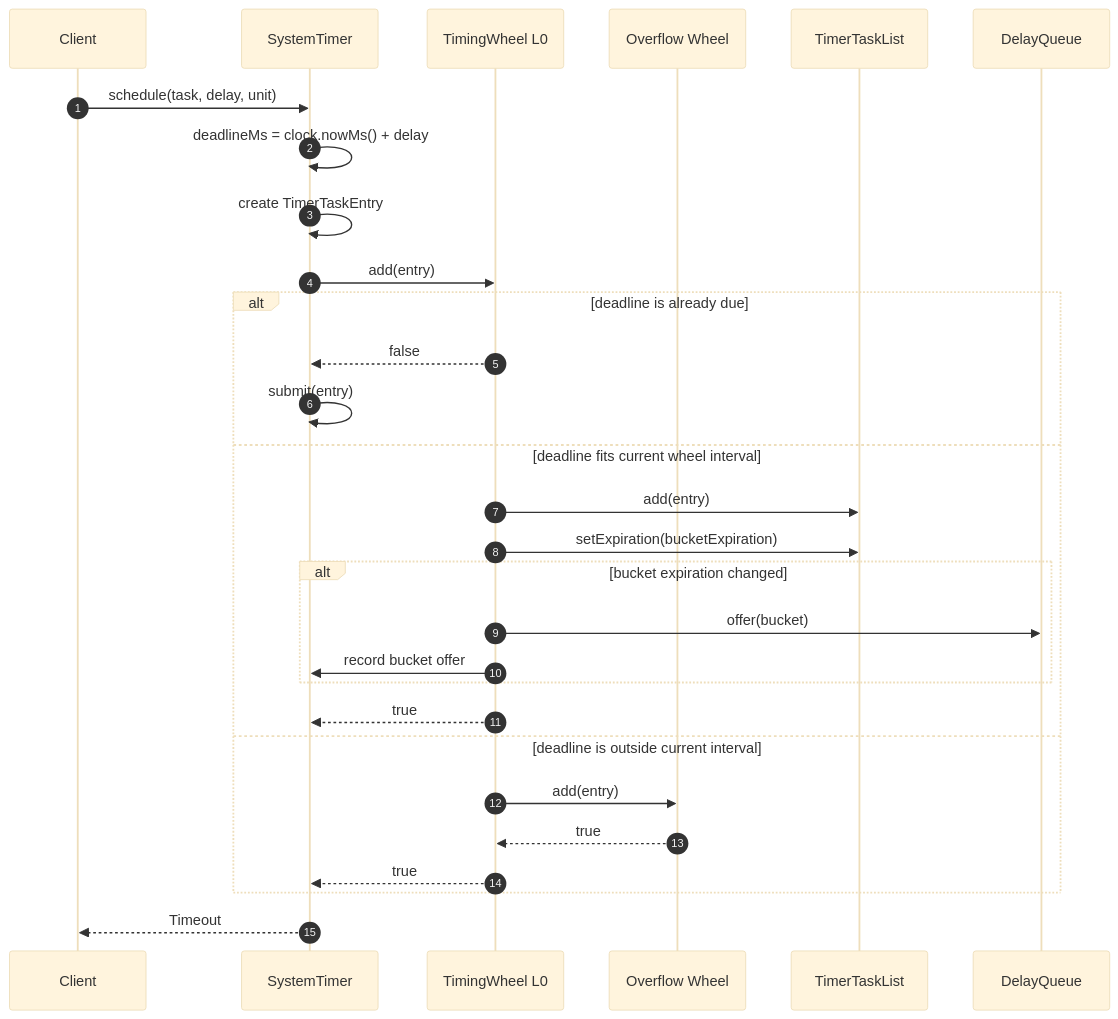
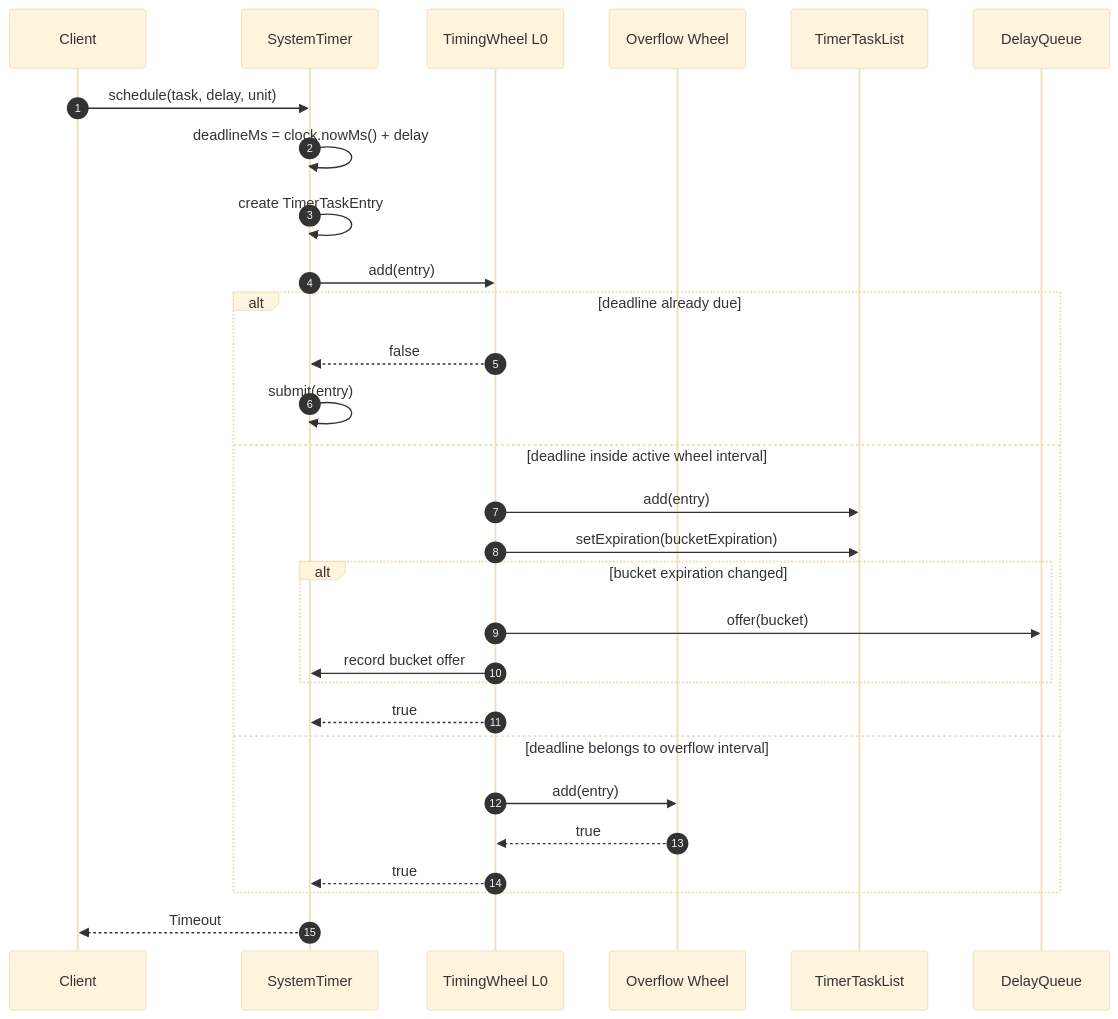
One commit to photowey/timewheel4j changed the fifth of 10 diagrams in docs/architecture.md. Above: the diagram before and after it, drawn with Mermaid (base theme). The commit also changed other lines of this file and 3 other files, not shown here.

````diff
--- a/docs/architecture.md
+++ b/docs/architecture.md
@@ -217,34 +218,34 @@
 ```mermaid
 sequenceDiagram
     autonumber
     participant C as Client
     participant T as SystemTimer
     participant W0 as TimingWheel L0
     participant WO as Overflow Wheel
     participant B as TimerTaskList
     participant DQ as DelayQueue
 
     C->>T: schedule(task, delay, unit)
     T->>T: deadlineMs = clock.nowMs() + delay
     T->>T: create TimerTaskEntry
     T->>W0: add(entry)
 
-    alt deadline is already due
+    alt deadline already due
         W0-->>T: false
         T->>T: submit(entry)
-    else deadline fits current wheel interval
+    else deadline inside active wheel interval
         W0->>B: add(entry)
         W0->>B: setExpiration(bucketExpiration)
         alt bucket expiration changed
             W0->>DQ: offer(bucket)
             W0->>T: record bucket offer
         end
         W0-->>T: true
-    else deadline is outside current interval
+    else deadline belongs to overflow interval
         W0->>WO: add(entry)
         WO-->>W0: true
         W0-->>T: true
     end
 
     T-->>C: Timeout
 ```
````
